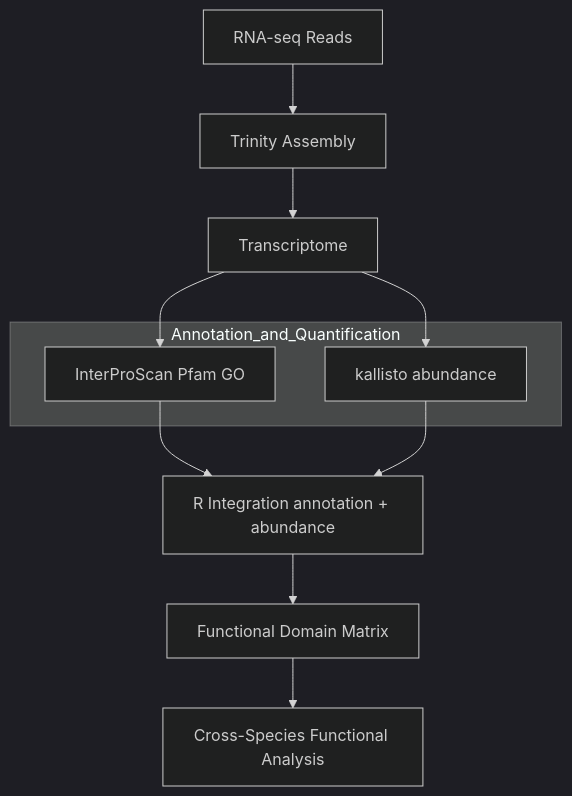
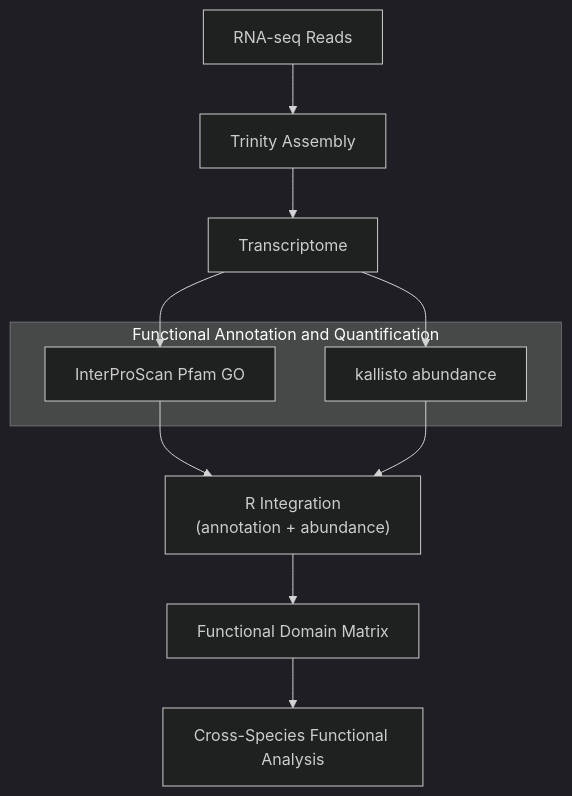
One commit to asifali-bio/plant changed the diagram in README.md. Above: the diagram before and after it, drawn with Mermaid (dark theme).

Commit message:
Mermaid diagram
Bug fix.

````diff
--- a/README.md
+++ b/README.md
@@ -43,20 +43,20 @@
 ```mermaid
 flowchart TD
 
 A[RNA-seq Reads] --> B[Trinity Assembly]
 B --> C[Transcriptome]
 
-subgraph Annotation_and_Quantification
+subgraph Functional Annotation and Quantification
 D[InterProScan Pfam GO]
 E[kallisto abundance]
 end
 
 C --> D
 C --> E
 
-D --> F[R Integration annotation + abundance]
+D --> F["R Integration\n(annotation + abundance)"]
 E --> F
 
 F --> G[Functional Domain Matrix]
 G --> H[Cross-Species Functional Analysis]
 ```
````
